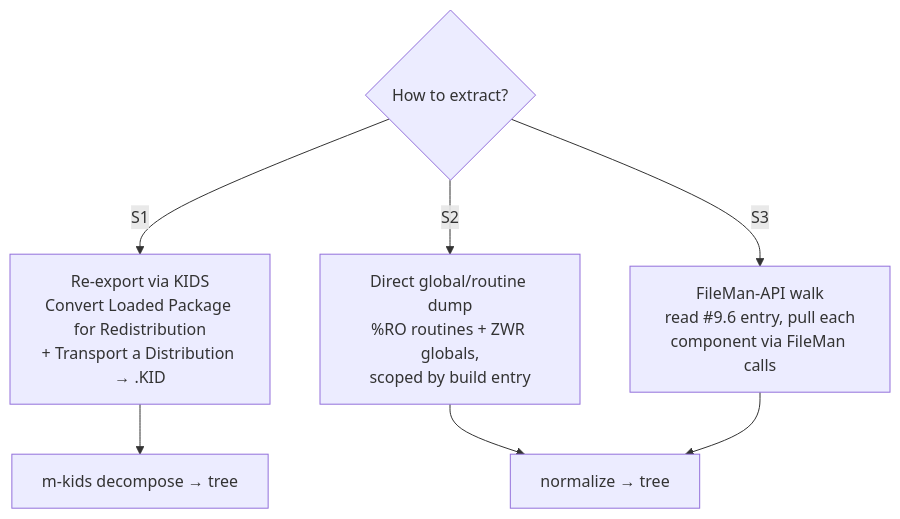
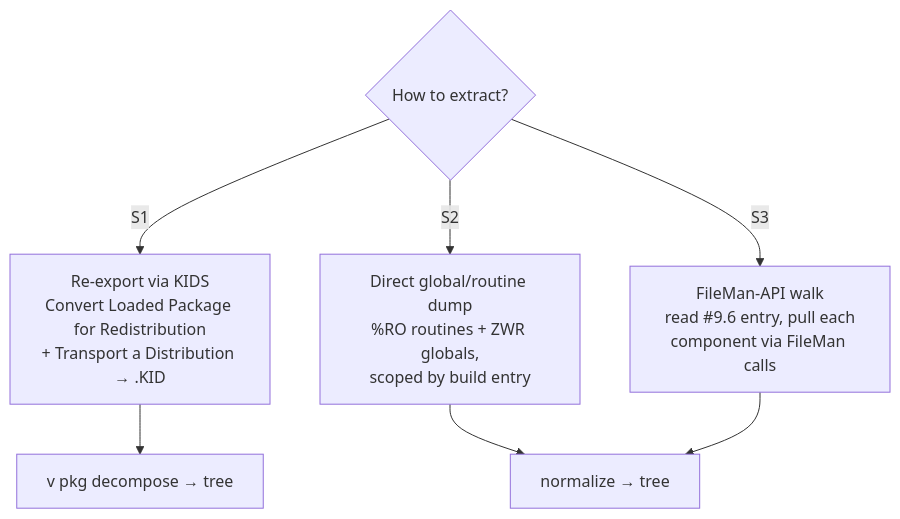
Before and after one commit to vista-cloud-dev/v-pkg: the second of 5 diagrams in docs/proposals/package-extraction-design.md, drawn with Mermaid. The commit also changed other lines of this file and 7 other files, not shown here.

````diff
--- a/docs/proposals/package-extraction-design.md
+++ b/docs/proposals/package-extraction-design.md
@@ -86,10 +86,10 @@
 ```mermaid
 flowchart TD
     Q{"How to extract?"}
     Q -->|"S1"| S1["Re-export via KIDS<br/>Convert Loaded Package for Redistribution<br/>+ Transport a Distribution → .KID"]
     Q -->|"S2"| S2["Direct global/routine dump<br/>%RO routines + ZWR globals,<br/>scoped by build entry"]
     Q -->|"S3"| S3["FileMan-API walk<br/>read #9.6 entry, pull each<br/>component via FileMan calls"]
-    S1 --> M["m-kids decompose → tree"]
+    S1 --> M["v pkg decompose → tree"]
     S2 --> N["normalize → tree"]
     S3 --> N
 ```
````
